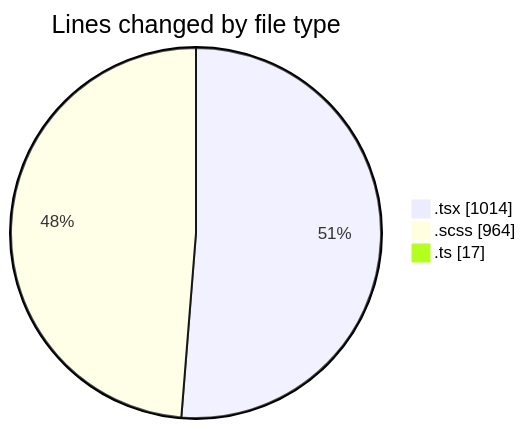
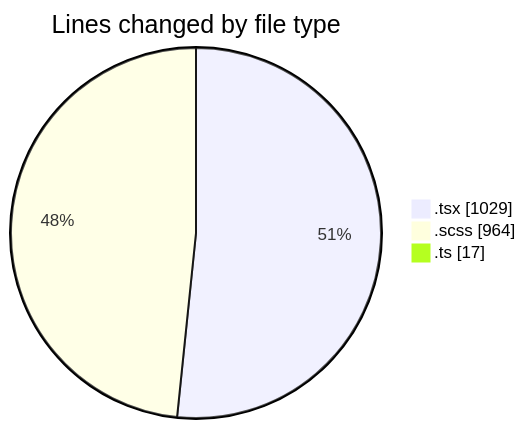
Before and after one commit to momahboobian/code-tracking: the first of 2 diagrams in 2025-09-19/cda/README.md, drawn with Mermaid. The commit also changed other lines of this file and 1 other file, not shown here.

````diff
--- a/2025-09-19/cda/README.md
+++ b/2025-09-19/cda/README.md
@@ -25,7 +25,7 @@
 ```mermaid
 pie showData
 title Lines changed by file type
-".tsx" : 1014
+".tsx" : 1029
 ".scss" : 964
 ".ts" : 17
 ```
````
